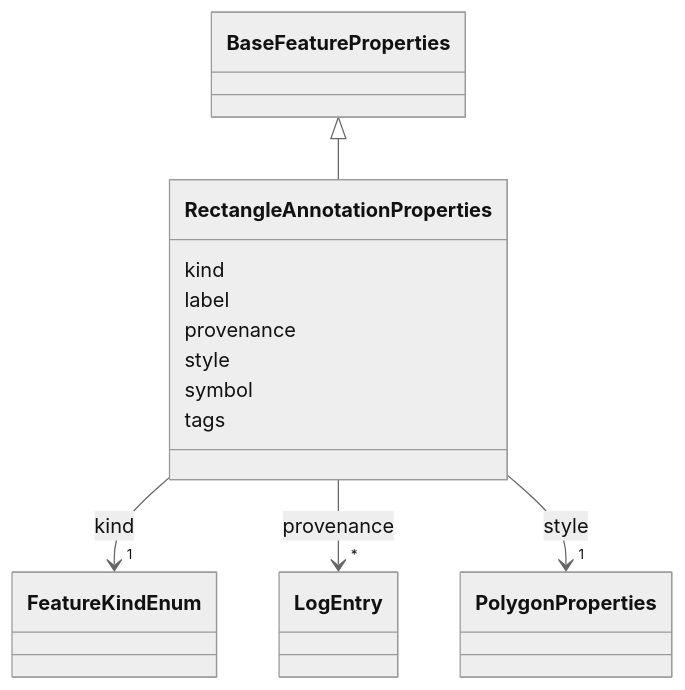
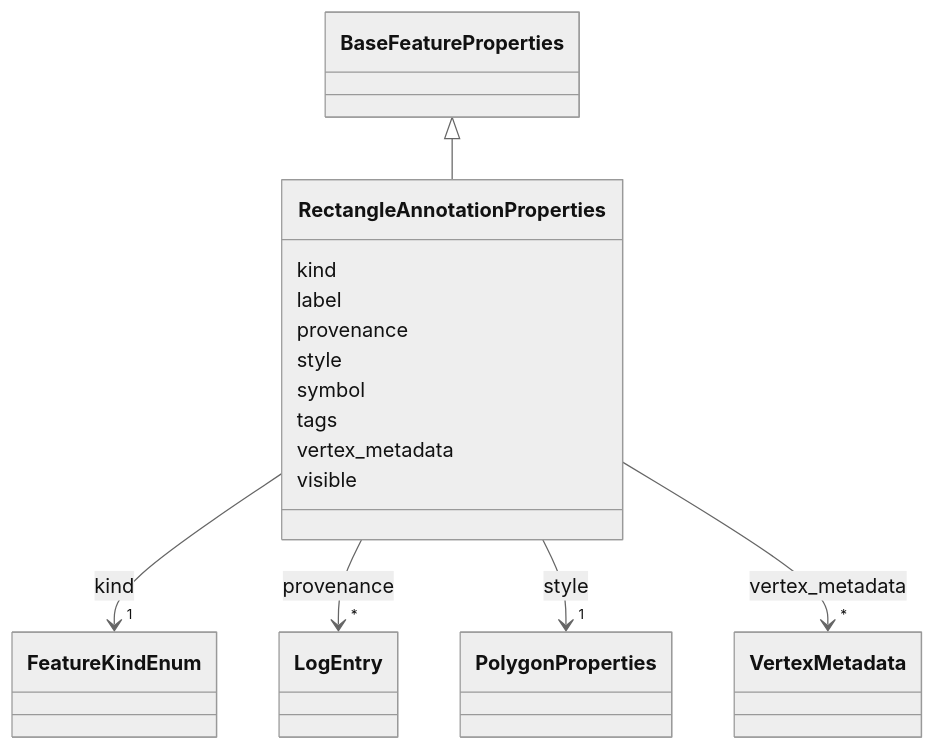
One commit to debrief/debrief-future changed the diagram in schema-docs-md/classes/RectangleAnnotationProperties.md. Above: the diagram before and after it, drawn with Mermaid (neutral theme). The commit also changed other lines of this file and 238 other files, not shown here.

````diff
--- a/schema-docs-md/classes/RectangleAnnotationProperties.md
+++ b/schema-docs-md/classes/RectangleAnnotationProperties.md
@@ -19,48 +19,61 @@
 ```mermaid
  classDiagram
     class RectangleAnnotationProperties
     click RectangleAnnotationProperties href "../../classes/RectangleAnnotationProperties/"
       BaseFeatureProperties <|-- RectangleAnnotationProperties
         click BaseFeatureProperties href "../../classes/BaseFeatureProperties/"
       
       RectangleAnnotationProperties : kind
         
           
     
         
         
         RectangleAnnotationProperties --> "1" FeatureKindEnum : kind
         click FeatureKindEnum href "../../enums/FeatureKindEnum/"
     
 
         
       RectangleAnnotationProperties : label
         
       RectangleAnnotationProperties : provenance
         
           
     
         
         
         RectangleAnnotationProperties --> "*" LogEntry : provenance
         click LogEntry href "../../classes/LogEntry/"
     
 
         
       RectangleAnnotationProperties : style
         
           
     
         
         
         RectangleAnnotationProperties --> "1" PolygonProperties : style
         click PolygonProperties href "../../classes/PolygonProperties/"
     
 
         
       RectangleAnnotationProperties : symbol
         
       RectangleAnnotationProperties : tags
         
+      RectangleAnnotationProperties : vertex_metadata
+        
+          
+    
+        
+        
+        RectangleAnnotationProperties --> "*" VertexMetadata : vertex_metadata
+        click VertexMetadata href "../../classes/VertexMetadata/"
+    
+
+        
+      RectangleAnnotationProperties : visible
+        
       
 ```
````
